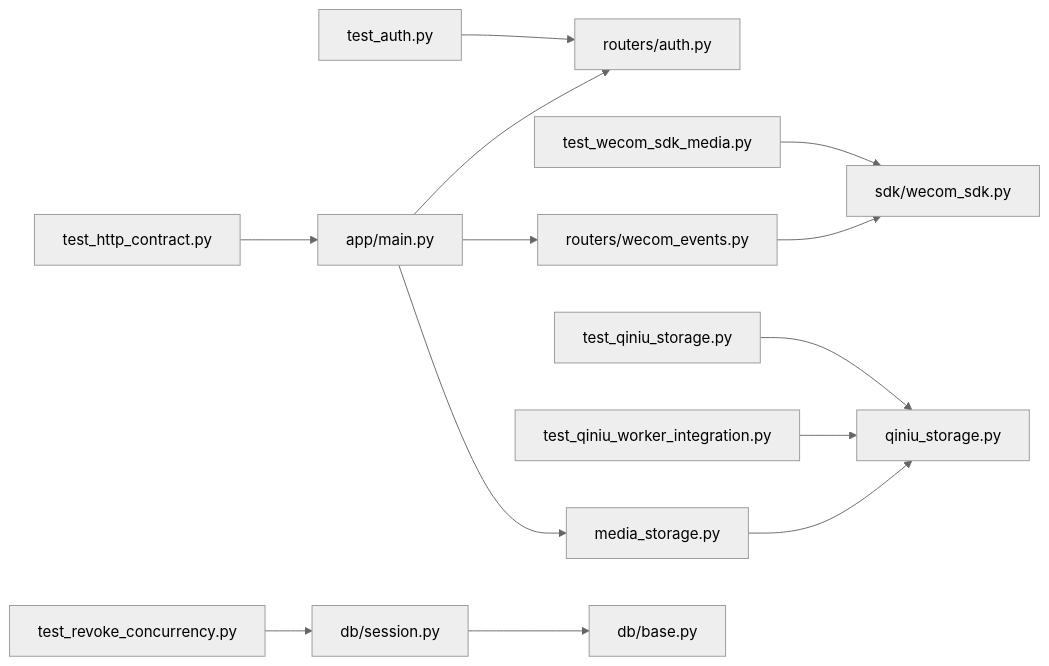
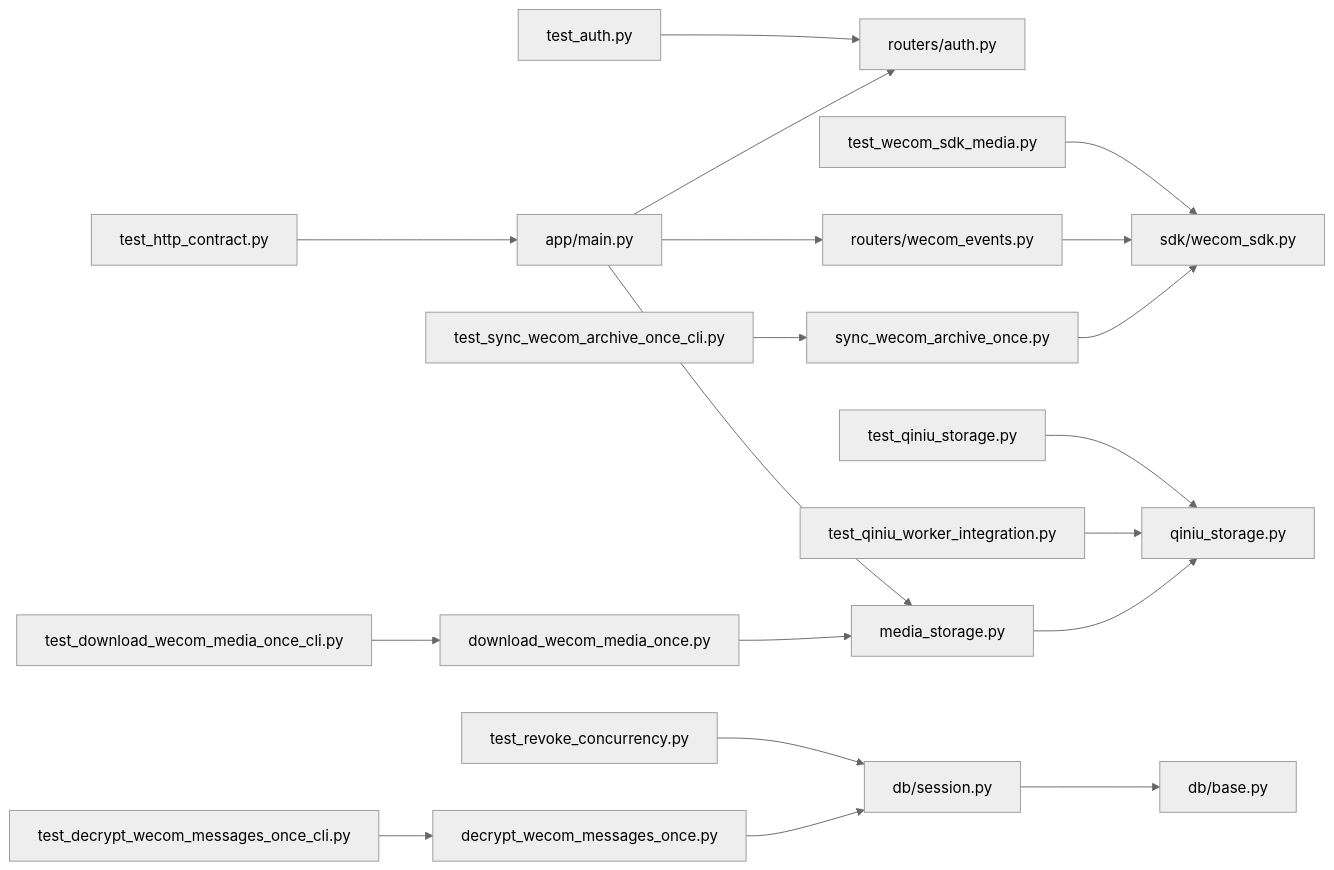
One commit to zuohaisu/wecom-archive changed the third of 3 diagrams in .qoder/repowiki/en/content/Testing & Quality Assurance/Integration Testing/Integration Testing.md. Above: the diagram before and after it, drawn with Mermaid (neutral theme). The commit also changed other lines of this file and 90 other files, not shown here.

````diff
--- a/.qoder/repowiki/en/content/Testing & Quality Assurance/Integration Testing/Integration Testing.md
+++ b/.qoder/repowiki/en/content/Testing & Quality Assurance/Integration Testing/Integration Testing.md
@@ -332,15 +481,21 @@
 ```mermaid
 graph LR
 TestAuth["test_auth.py"] --> AuthRouter["routers/auth.py"]
 TestWecomSDK["test_wecom_sdk_media.py"] --> WecomSDK["sdk/wecom_sdk.py"]
 TestQiniu["test_qiniu_storage.py"] --> QiniuProv["qiniu_storage.py"]
 TestQiniuWorker["test_qiniu_worker_integration.py"] --> QiniuProv
 TestConcurrency["test_revoke_concurrency.py"] --> DBSession["db/session.py"]
 TestHTTPContract["test_http_contract.py"] --> MainApp["app/main.py"]
+TestDecryptCLI["test_decrypt_wecom_messages_once_cli.py"] --> DecryptScript["decrypt_wecom_messages_once.py"]
+TestDownloadCLI["test_download_wecom_media_once_cli.py"] --> DownloadScript["download_wecom_media_once.py"]
+TestSyncCLI["test_sync_wecom_archive_once_cli.py"] --> SyncScript["sync_wecom_archive_once.py"]
 MainApp --> AuthRouter
 MainApp --> WecomEvents["routers/wecom_events.py"]
 WecomEvents --> WecomSDK
 MainApp --> MediaSvc["media_storage.py"]
 MediaSvc --> QiniuProv
 DBSession --> DBBase["db/base.py"]
+DecryptScript --> DBSession
+DownloadScript --> MediaSvc
+SyncScript --> WecomSDK
 ```
````
